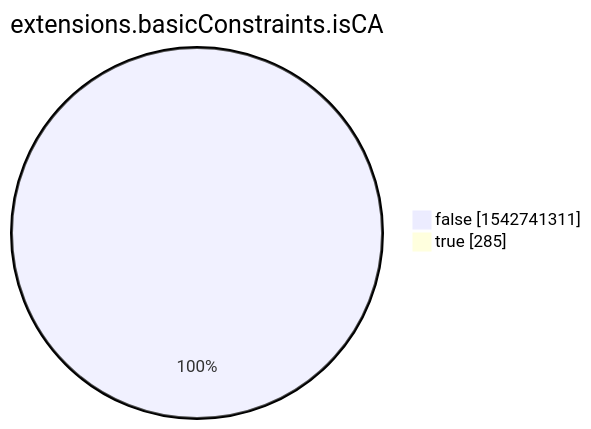
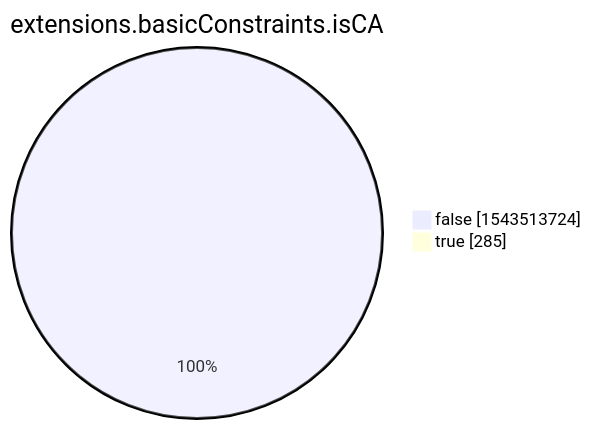
Before and after one commit to christiankrug/ctmonitor_visualization: the eighth of 15 diagrams in xenon2022/README.md, drawn with Mermaid. The commit also changed other lines of this file, not shown here.

````diff
--- a/xenon2022/README.md
+++ b/xenon2022/README.md
@@ -2859,6 +2859,6 @@
 ```mermaid
 pie showData
 title extensions.basicConstraints.isCA
-"false" :1542741311
+"false" :1543513724
 "true" :285
 ```
````
